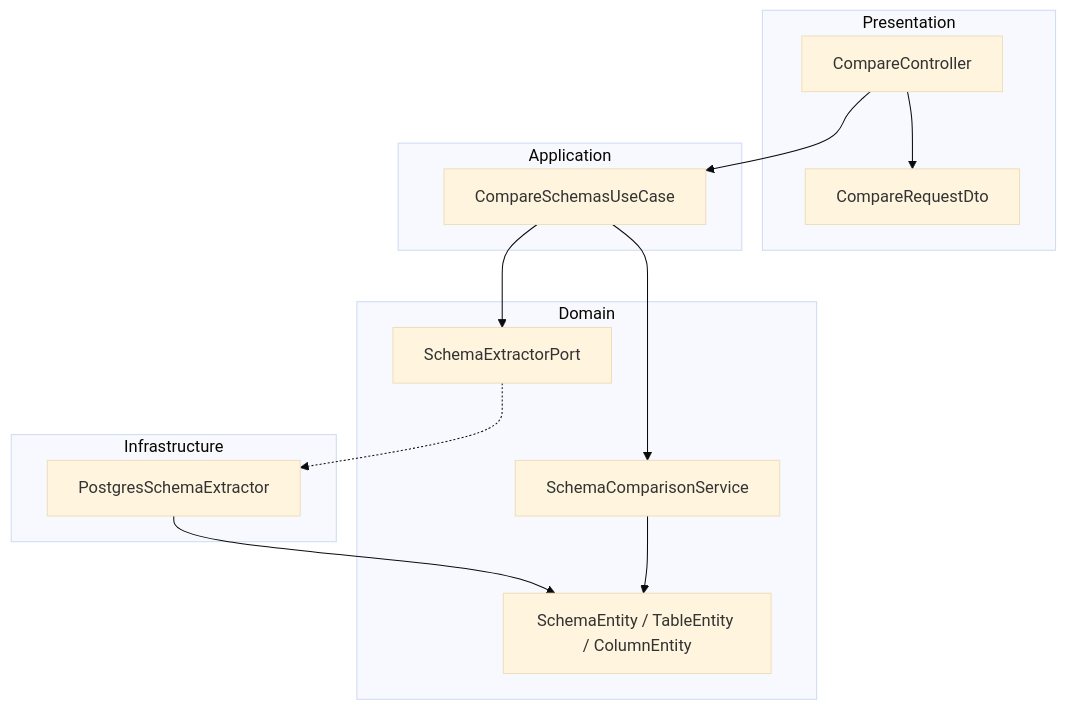
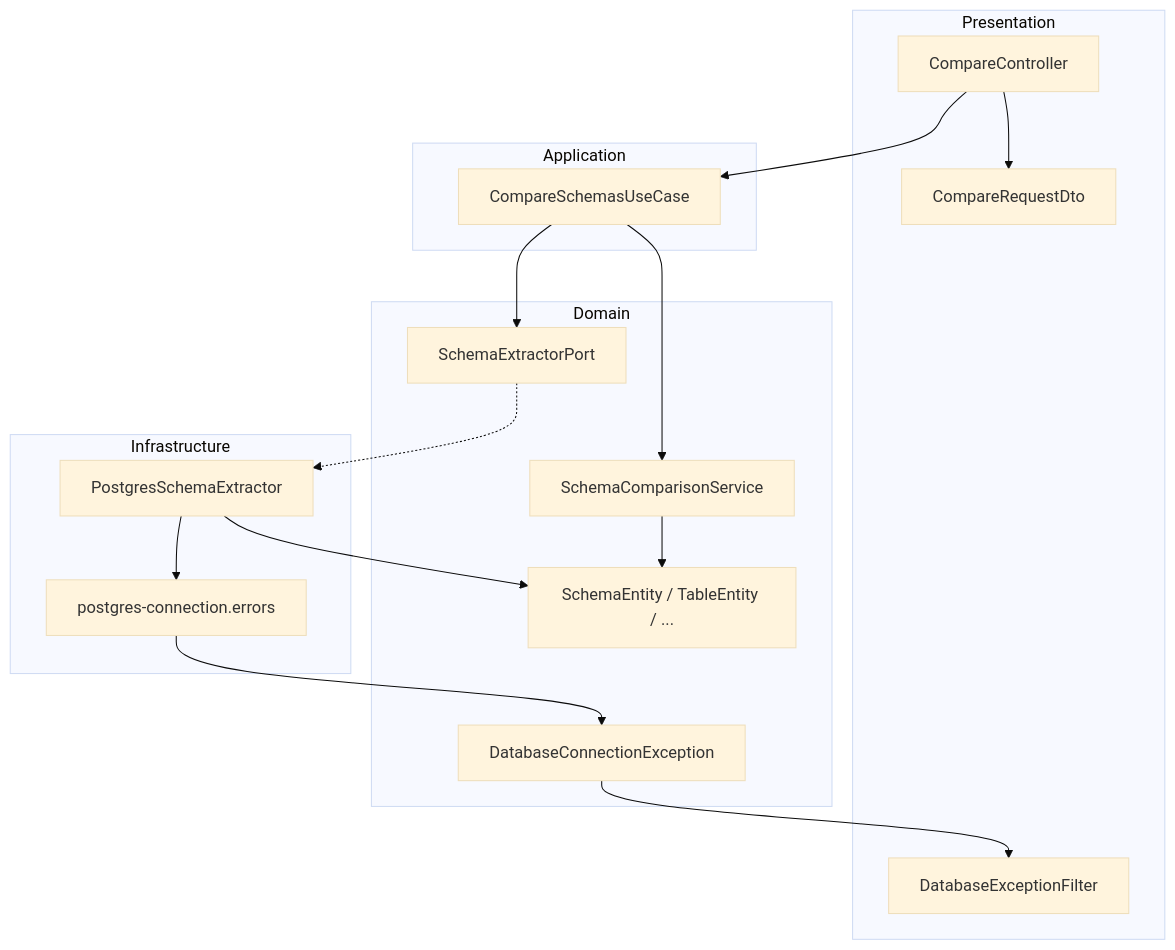
Before and after one commit to Ricardo-1976/db-schema-comparator: the diagram in README.md, drawn with Mermaid (base theme). The commit also changed other lines of this file and 23 other files, not shown here.

Commit message:
feat: level 1 schema compare, DI and DB errors

````diff
--- a/README.md
+++ b/README.md
@@ -40,29 +143,35 @@
 ```mermaid
 flowchart TB
     subgraph Presentation
         C[CompareController]
         DTO[CompareRequestDto]
+        FILT[DatabaseExceptionFilter]
     end
 
     subgraph Application
         UC[CompareSchemasUseCase]
     end
 
     subgraph Domain
         SVC[SchemaComparisonService]
         PORT[SchemaExtractorPort]
-        ENT[SchemaEntity / TableEntity / ColumnEntity]
+        ENT[SchemaEntity / TableEntity / ...]
+        EXC[DatabaseConnectionException]
     end
 
     subgraph Infrastructure
         PG[PostgresSchemaExtractor]
+        ERR[postgres-connection.errors]
     end
 
     C --> DTO
     C --> UC
     UC --> PORT
     UC --> SVC
     PORT -.-> PG
+    PG --> ERR
+    ERR --> EXC
+    EXC --> FILT
     PG --> ENT
     SVC --> ENT
 ```
````
